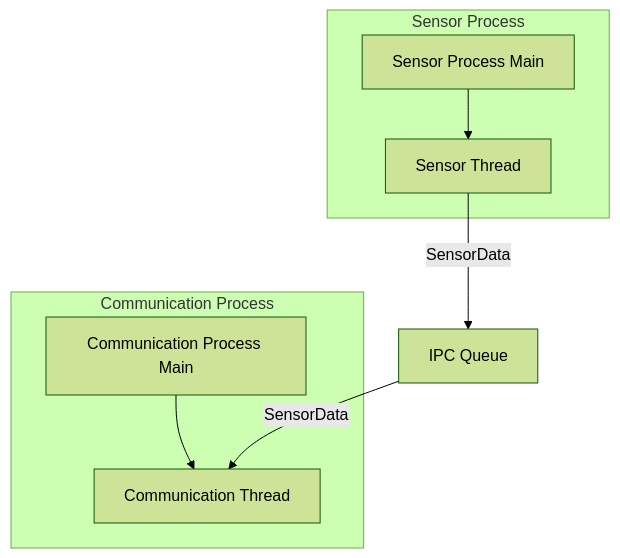
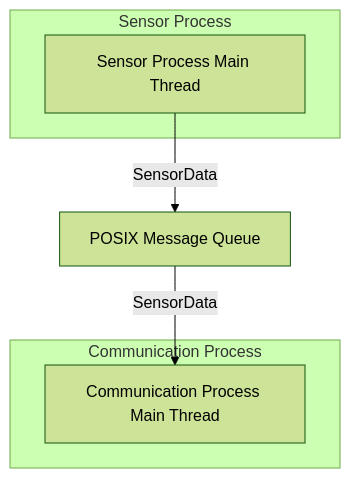
One commit to yujimasuda77777/Raspberry_Pi_4B_Edge_IoT_System changed the third of 15 diagrams in docs/04_data_ipc_communication.md. Above: the diagram before and after it, drawn with Mermaid (forest theme). The commit also changed other lines of this file and 1 other file, not shown here.

````diff
--- a/docs/04_data_ipc_communication.md
+++ b/docs/04_data_ipc_communication.md
@@ -156,21 +165,15 @@
 ```mermaid
 flowchart TB
     subgraph SensorProcess["Sensor Process"]
-        SensorMain["Sensor Process Main"]
-        SensorThread["Sensor Thread"]
-
-        SensorMain --> SensorThread
+        SensorMain["Sensor Process Main Thread"]
     end
 
     subgraph CommProcess["Communication Process"]
-        CommMain["Communication Process Main"]
-        CommThread["Communication Thread"]
-
-        CommMain --> CommThread
+        CommMain["Communication Process Main Thread"]
     end
 
-    IPC["IPC Queue"]
+    IPC["POSIX Message Queue"]
 
-    SensorThread -->|SensorData| IPC
-    IPC -->|SensorData| CommThread
+    SensorMain -->|SensorData| IPC
+    IPC -->|SensorData| CommMain
 ```
````
